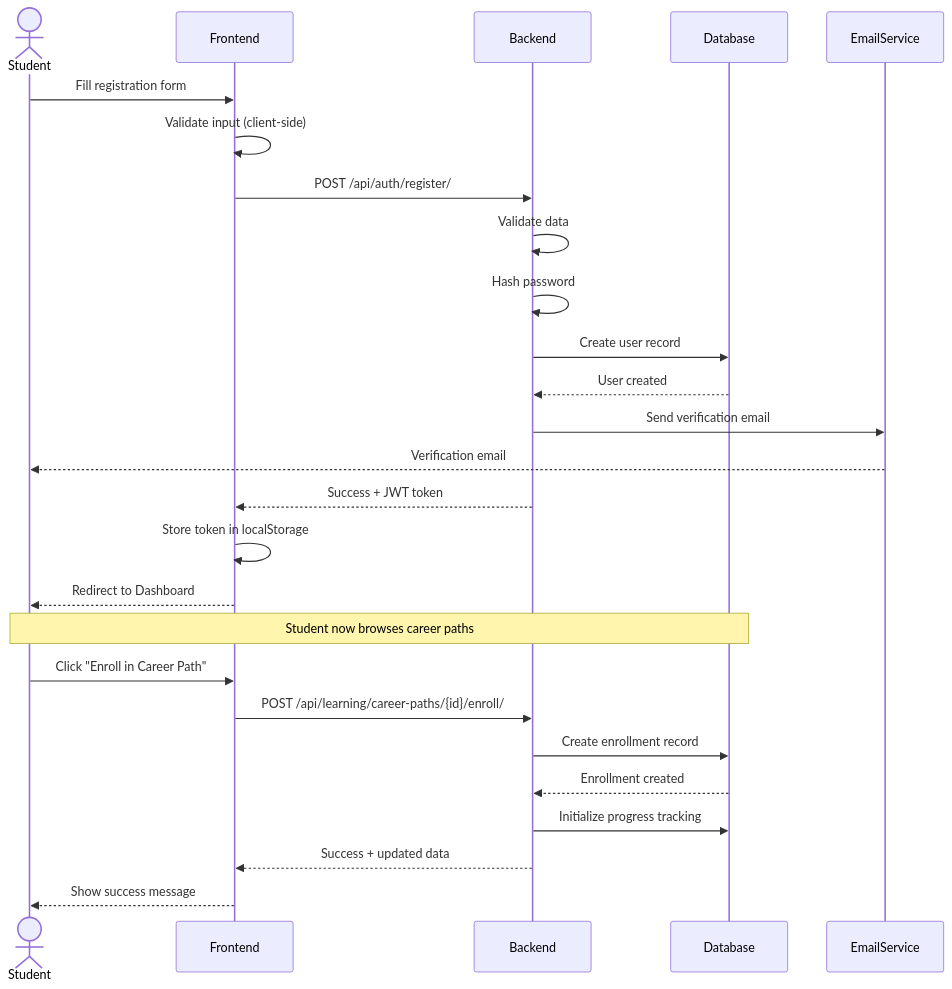
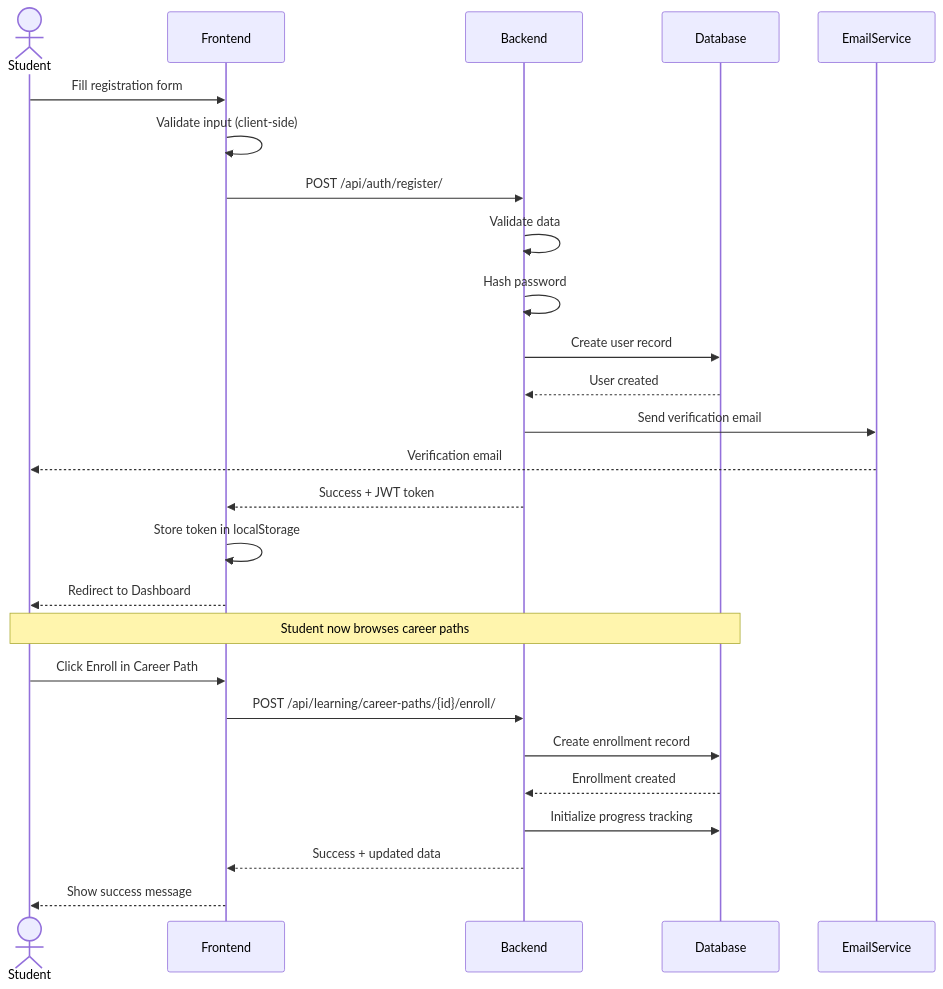
Before and after one commit to mrfost07/CodeHub---AI-Driven-Learning-Platform-for-SNSU-CCIS: the second of 15 diagrams in README.md, drawn with Mermaid. The commit also changed other lines of this file, not shown here.

````diff
--- a/README.md
+++ b/README.md
@@ -410,31 +410,31 @@
 ```mermaid
 sequenceDiagram
     actor Student
     participant Frontend
     participant Backend
     participant Database
     participant EmailService
     
     Student->>Frontend: Fill registration form
     Frontend->>Frontend: Validate input (client-side)
     Frontend->>Backend: POST /api/auth/register/
     Backend->>Backend: Validate data
     Backend->>Backend: Hash password
     Backend->>Database: Create user record
     Database-->>Backend: User created
     Backend->>EmailService: Send verification email
     EmailService-->>Student: Verification email
     Backend-->>Frontend: Success + JWT token
     Frontend->>Frontend: Store token in localStorage
     Frontend-->>Student: Redirect to Dashboard
     
     Note over Student,Database: Student now browses career paths
     
-    Student->>Frontend: Click "Enroll in Career Path"
+    Student->>Frontend: Click Enroll in Career Path
     Frontend->>Backend: POST /api/learning/career-paths/{id}/enroll/
     Backend->>Database: Create enrollment record
     Database-->>Backend: Enrollment created
     Backend->>Database: Initialize progress tracking
     Backend-->>Frontend: Success + updated data
     Frontend-->>Student: Show success message
 ```
````
